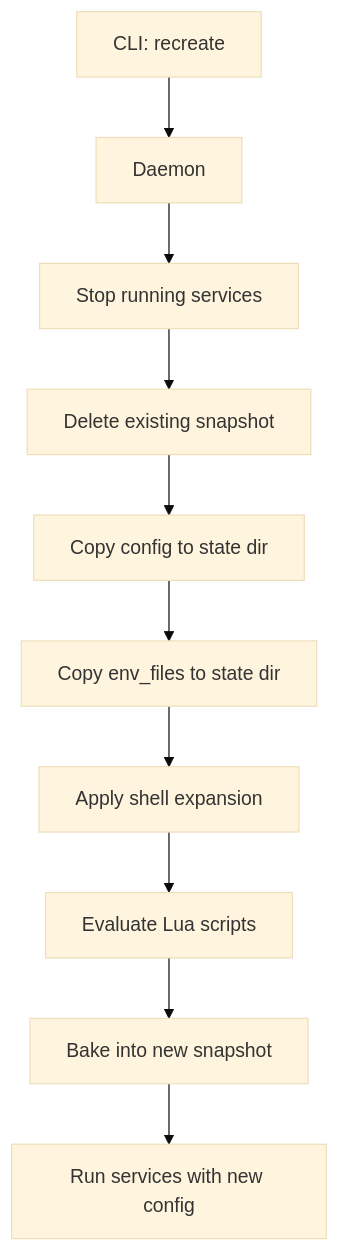
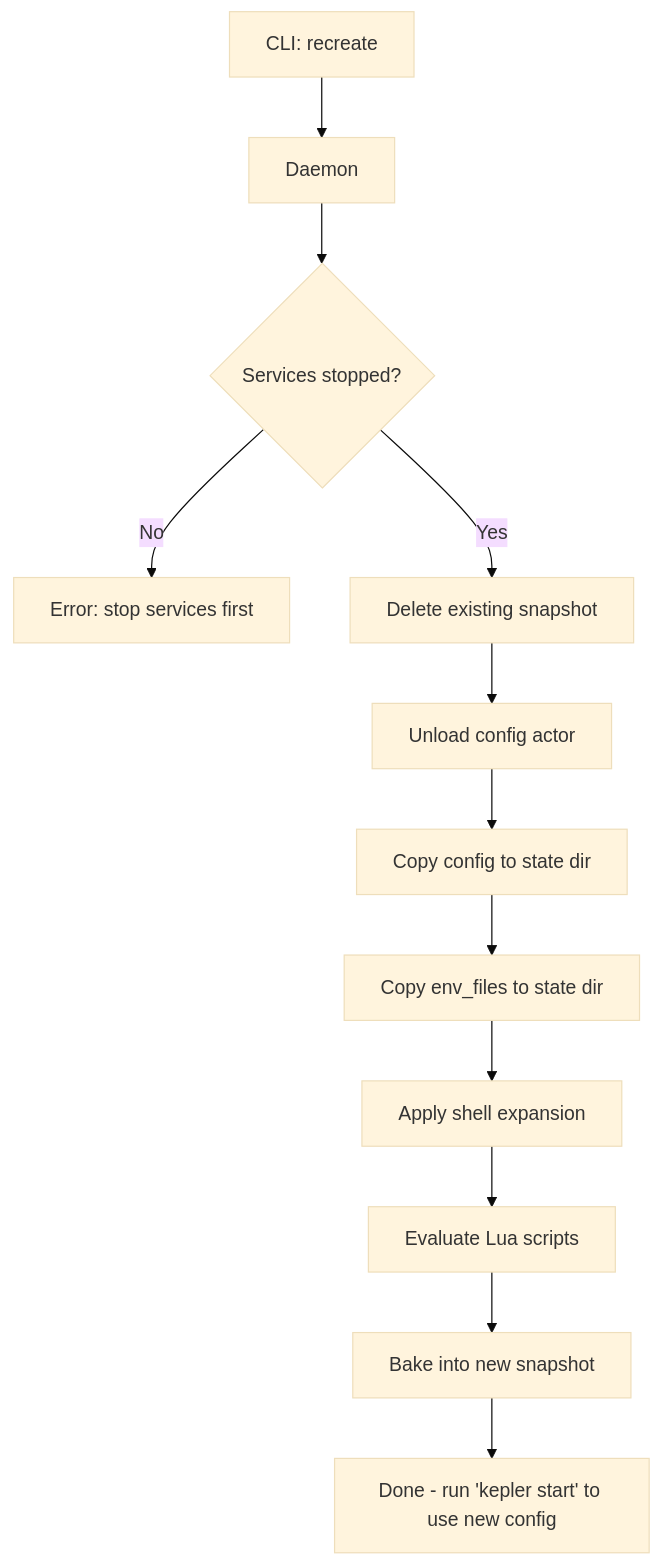
The third of 12 diagrams in ARCHITECTURE.md (maleus-ai/kepler), drawn with Mermaid (base theme) before and after one commit. The commit also changed other lines of this file and 12 other files, not shown here.

````diff
--- a/ARCHITECTURE.md
+++ b/ARCHITECTURE.md
@@ -133,12 +133,14 @@
 ```mermaid
 flowchart TD
     A[CLI: recreate] --> B[Daemon]
-    B --> C[Stop running services]
-    C --> D[Delete existing snapshot]
-    D --> E[Copy config to state dir]
-    E --> F[Copy env_files to state dir]
-    F --> G[Apply shell expansion]
-    G --> H[Evaluate Lua scripts]
-    H --> I[Bake into new snapshot]
-    I --> J[Run services with new config]
+    B --> C{Services stopped?}
+    C -->|No| X[Error: stop services first]
+    C -->|Yes| D[Delete existing snapshot]
+    D --> E[Unload config actor]
+    E --> F[Copy config to state dir]
+    F --> G[Copy env_files to state dir]
+    G --> H[Apply shell expansion]
+    H --> I[Evaluate Lua scripts]
+    I --> J[Bake into new snapshot]
+    J --> K[Done - run 'kepler start' to use new config]
 ```
````
